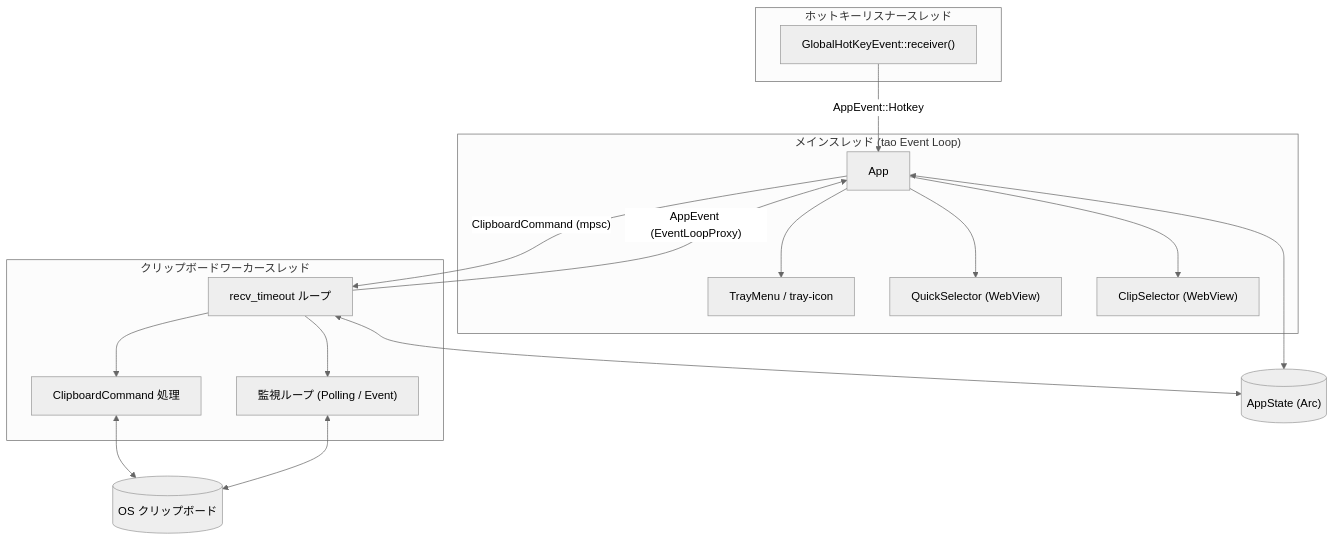
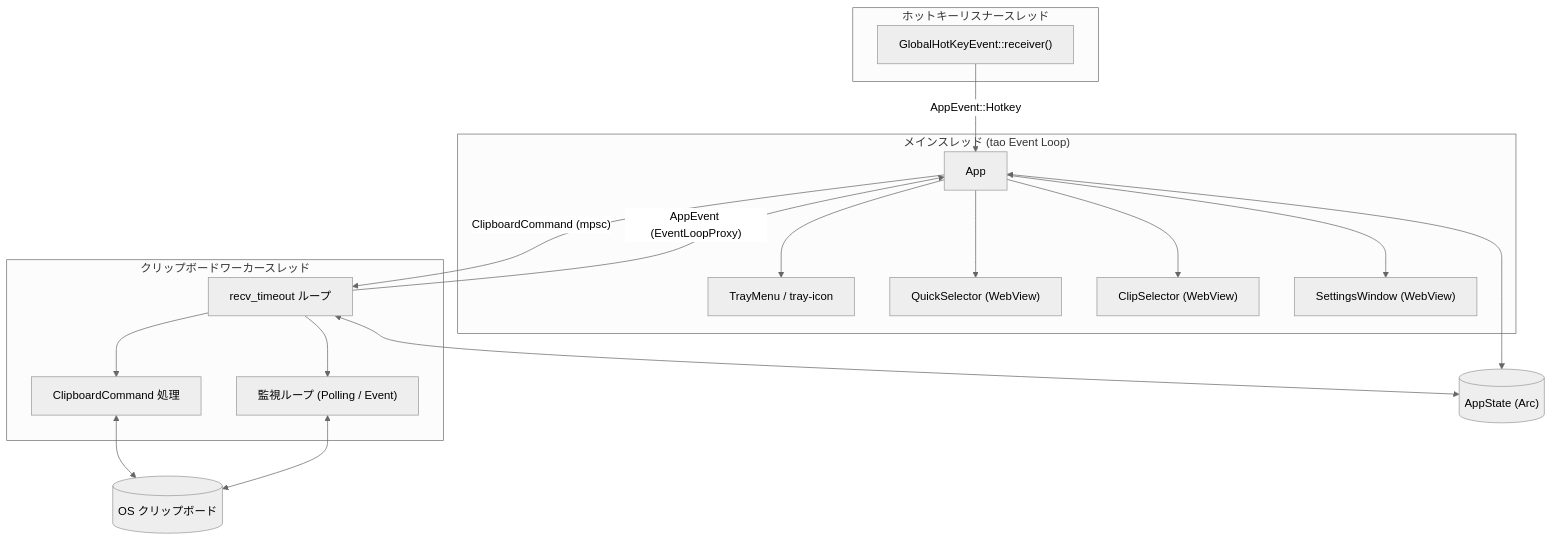
One commit to GnudMna/clip-refiner changed the diagram in DEVELOPMENT.md. Above: the diagram before and after it, drawn with Mermaid (neutral theme). The commit also changed other lines of this file and 53 other files, not shown here.

````diff
--- a/DEVELOPMENT.md
+++ b/DEVELOPMENT.md
@@ -340,35 +365,37 @@
 ```mermaid
 flowchart TB
     subgraph main ["メインスレッド (tao Event Loop)"]
         App["App"]
         Tray["TrayMenu / tray-icon"]
         QS["QuickSelector (WebView)"]
         CS["ClipSelector (WebView)"]
+        SW["SettingsWindow (WebView)"]
         App --> Tray
         App --> QS
         App --> CS
+        App --> SW
     end
 
     subgraph hotkey_thread ["ホットキーリスナースレッド"]
         GHK["GlobalHotKeyEvent::receiver()"]
     end
 
     subgraph worker ["クリップボードワーカースレッド"]
         WL["recv_timeout ループ"]
         Mon["監視ループ (Polling / Event)"]
         Cmd["ClipboardCommand 処理"]
         WL --> Mon
         WL --> Cmd
     end
 
     CB[("OS クリップボード")]
     State[("AppState (Arc)")]
 
     GHK -->|"AppEvent::Hotkey"| App
     App -->|"ClipboardCommand (mpsc)"| WL
     WL -->|"AppEvent (EventLoopProxy)"| App
     Cmd <--> CB
     Mon <--> CB
     App <--> State
     WL <--> State
 ```
````
